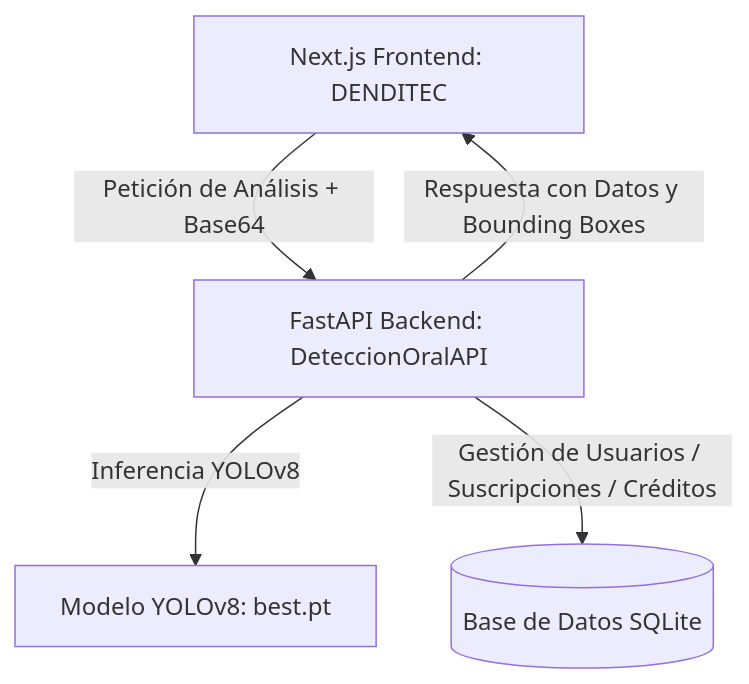
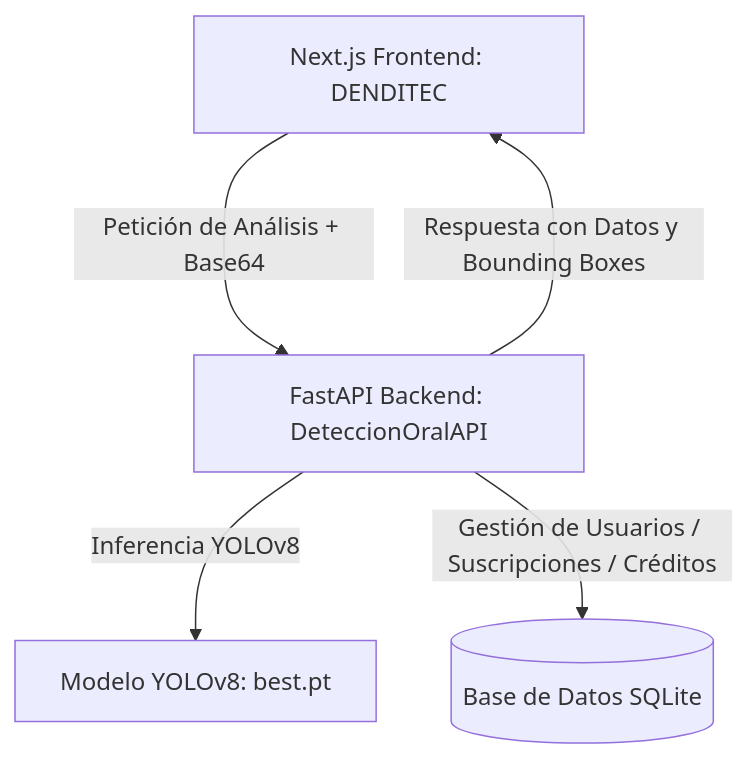
The diagram in README.md (a-sebs/PROYECTO-IA), drawn with Mermaid before and after one commit.

Commit message:
docs: flowchart added

````diff
--- a/README.md
+++ b/README.md
@@ -14,7 +14,12 @@
 ```mermaid
-graph TD
-    Client[Next.js Frontend: DENDITEC] -->|Petición de Análisis + Base64| API[FastAPI Backend: DeteccionOralAPI]
-    API -->|Inferencia YOLOv8| Model[Modelo YOLOv8: best.pt]
-    API -->|Gestión de Usuarios / Suscripciones / Créditos| DB[(Base de Datos SQLite)]
-    API -->|Respuesta con Datos y Bounding Boxes| Client
+flowchart TD
+    Client["Next.js Frontend: DENDITEC"]
+    API["FastAPI Backend: DeteccionOralAPI"]
+    Model["Modelo YOLOv8: best.pt"]
+    DB[("Base de Datos SQLite")]
+
+    Client -->|"Petición de Análisis + Base64"| API
+    API -->|"Inferencia YOLOv8"| Model
+    API -->|"Gestión de Usuarios / Suscripciones / Créditos"| DB
+    API --->|"Respuesta con Datos y Bounding Boxes"| Client
 ```
````
